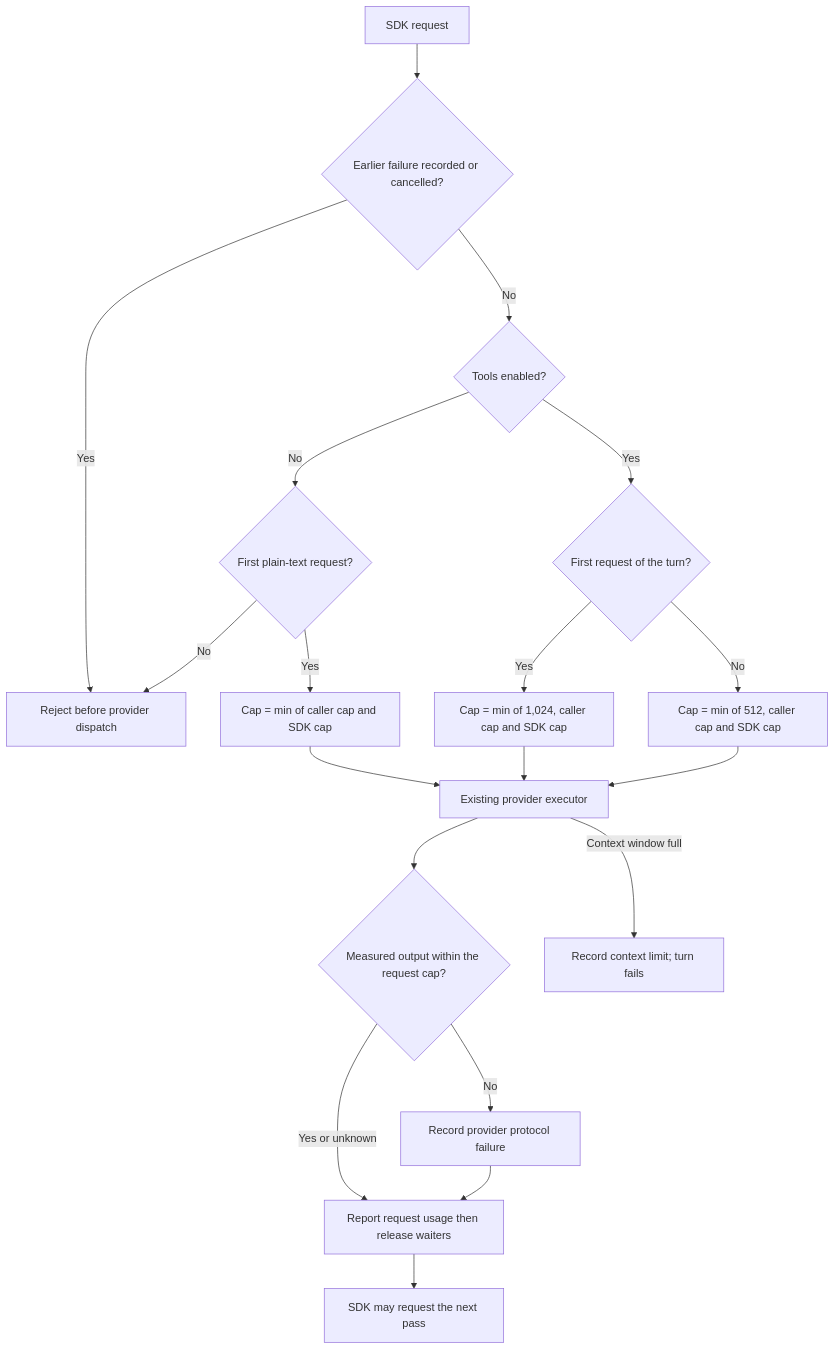
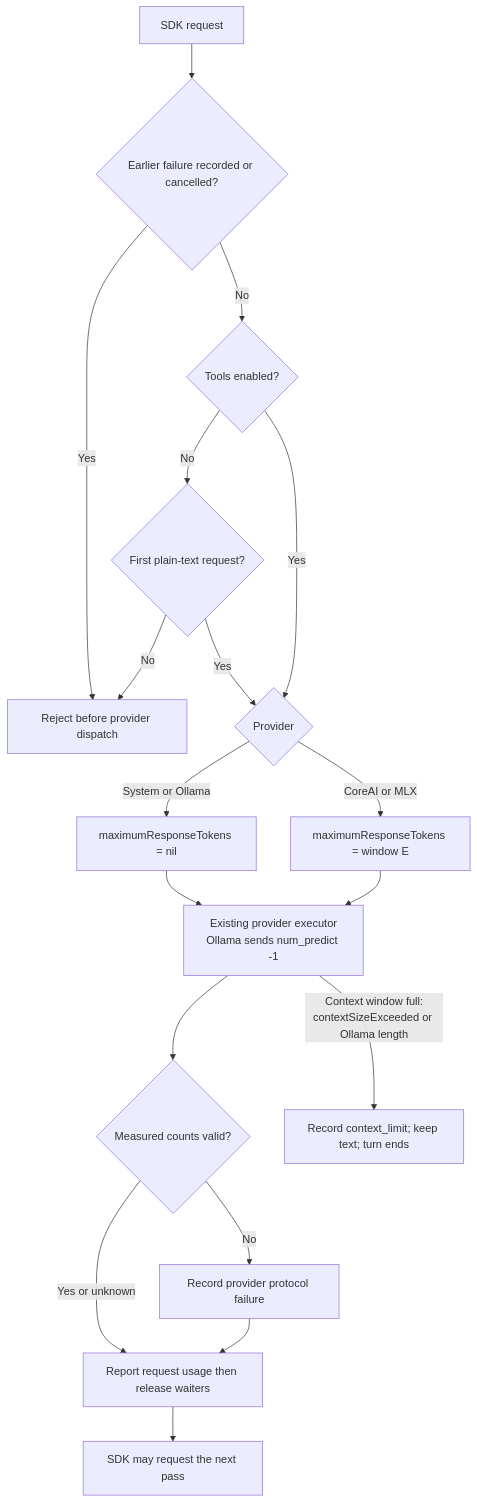
Before and after one commit to pidster/asura: the first of 2 diagrams in docs/designs/turn-usage-helper.md, drawn with Mermaid. The commit also changed other lines of this file and 41 other files, not shown here.

````diff
--- a/docs/designs/turn-usage-helper.md
+++ b/docs/designs/turn-usage-helper.md
@@ -122,21 +154,20 @@
 ```mermaid
 flowchart TD
     Request[SDK request] --> Failed{Earlier failure recorded or cancelled?}
     Failed -->|Yes| Reject[Reject before provider dispatch]
     Failed -->|No| Mode{Tools enabled?}
     Mode -->|No| Plain{First plain-text request?}
     Plain -->|No| Reject
-    Plain -->|Yes| PlainCap[Cap = min of caller cap and SDK cap]
-    Mode -->|Yes| First{First request of the turn?}
-    First -->|Yes| FirstCap[Cap = min of 1,024, caller cap and SDK cap]
-    First -->|No| LaterCap[Cap = min of 512, caller cap and SDK cap]
-    PlainCap --> Provider[Existing provider executor]
-    FirstCap --> Provider
-    LaterCap --> Provider
-    Provider --> Check{Measured output within the request cap?}
+    Plain -->|Yes| Option
+    Mode -->|Yes| Option{Provider}
+    Option -->|System or Ollama| Unset[maximumResponseTokens = nil]
+    Option -->|CoreAI or MLX| Window[maximumResponseTokens = window E]
+    Unset --> Provider[Existing provider executor<br/>Ollama sends num_predict -1]
+    Window --> Provider
+    Provider --> Check{Measured counts valid?}
     Check -->|Yes or unknown| Report[Report request usage then release waiters]
     Check -->|No| Fault[Record provider protocol failure]
     Fault --> Report
-    Provider -->|Context window full| Full[Record context limit; turn fails]
+    Provider -->|Context window full:<br/>contextSizeExceeded or Ollama length| Full[Record context_limit; keep text; turn ends]
     Report --> Next[SDK may request the next pass]
 ```
````
